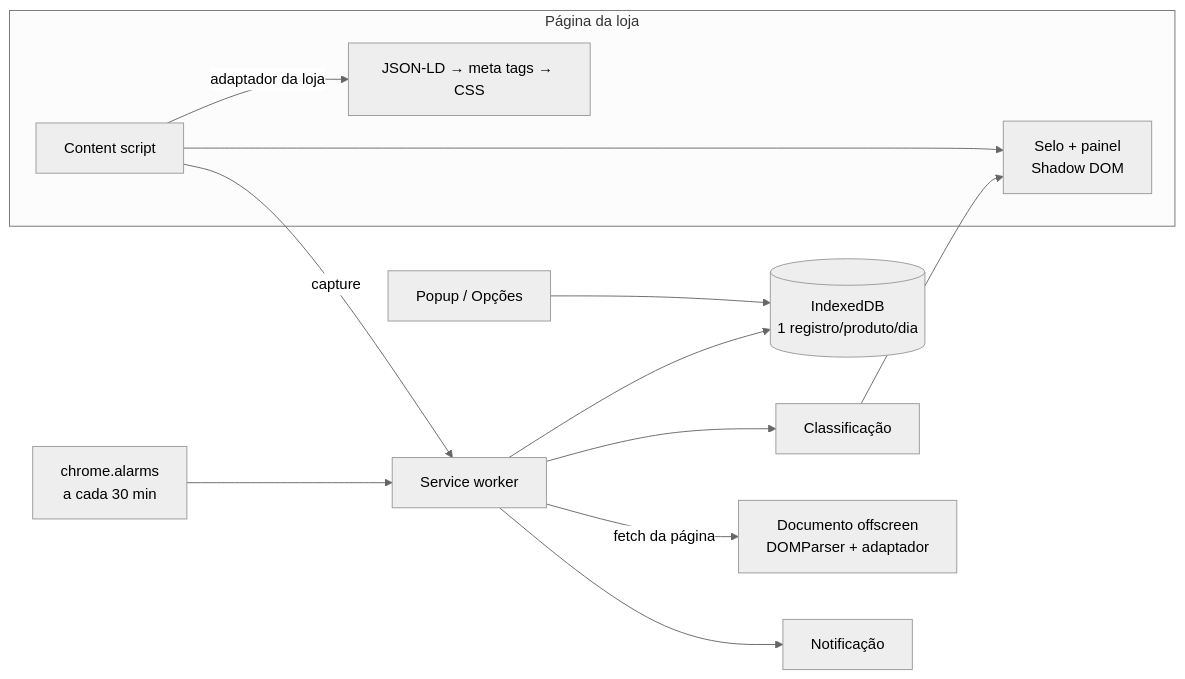
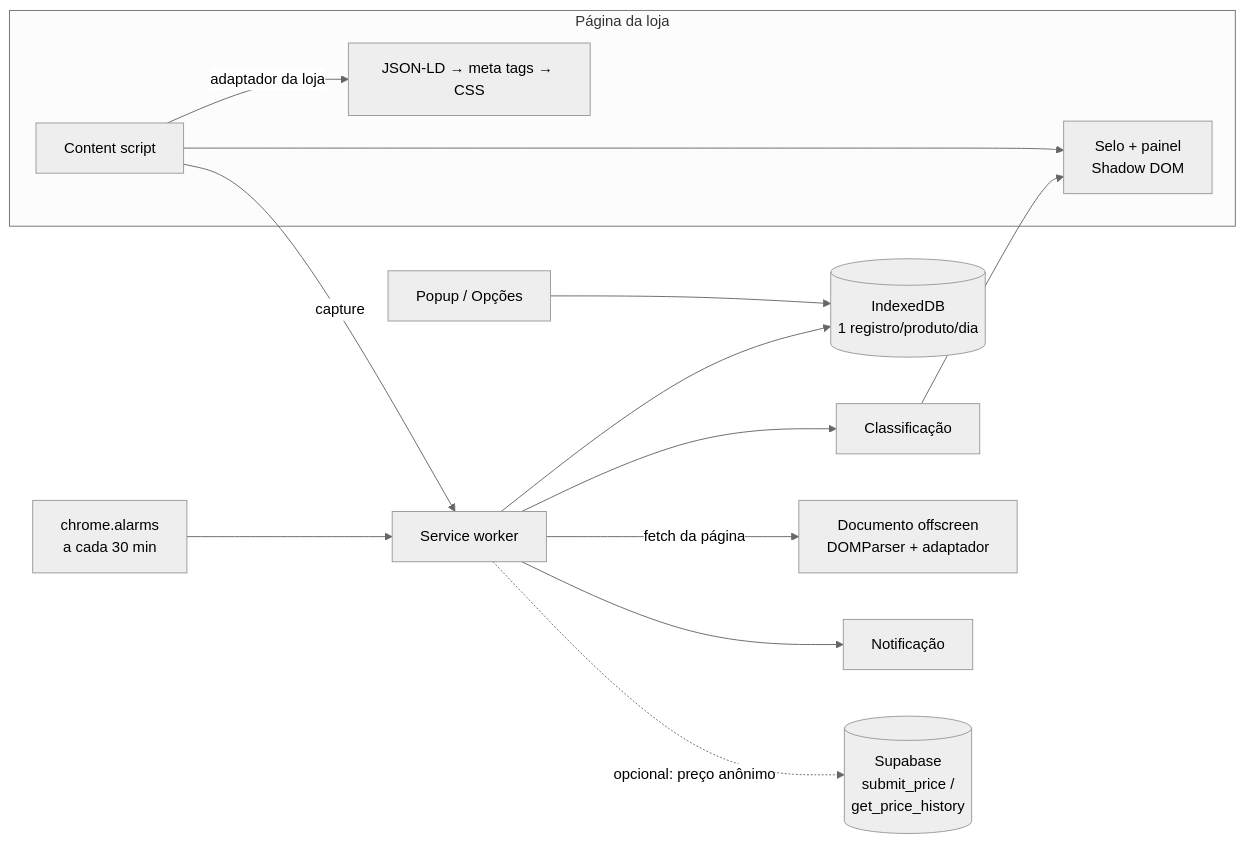
The diagram in README.md (Augustodevv/pre-o-real), drawn with Mermaid (neutral theme) before and after one commit. The commit also changed other lines of this file and 29 other files, not shown here.

First line of the commit message:
Fase 2: histórico compartilhado opcional com Supabase

````diff
--- a/README.md
+++ b/README.md
@@ -59,15 +60,16 @@
 ```mermaid
 flowchart LR
   subgraph Página da loja
     CS[Content script] -->|adaptador da loja| EX[JSON-LD → meta tags → CSS]
     CS --> SELO[Selo + painel<br/>Shadow DOM]
   end
   CS -- "capture" --> BG[Service worker]
   BG --> DB[(IndexedDB<br/>1 registro/produto/dia)]
   BG --> CL[Classificação]
   CL --> SELO
   AL[chrome.alarms<br/>a cada 30 min] --> BG
   BG -- "fetch da página" --> OFF[Documento offscreen<br/>DOMParser + adaptador]
   BG --> NOT[Notificação]
   POP[Popup / Opções] --> DB
+  BG -. "opcional: preço anônimo" .-> SB[(Supabase<br/>submit_price /<br/>get_price_history)]
 ```
````
